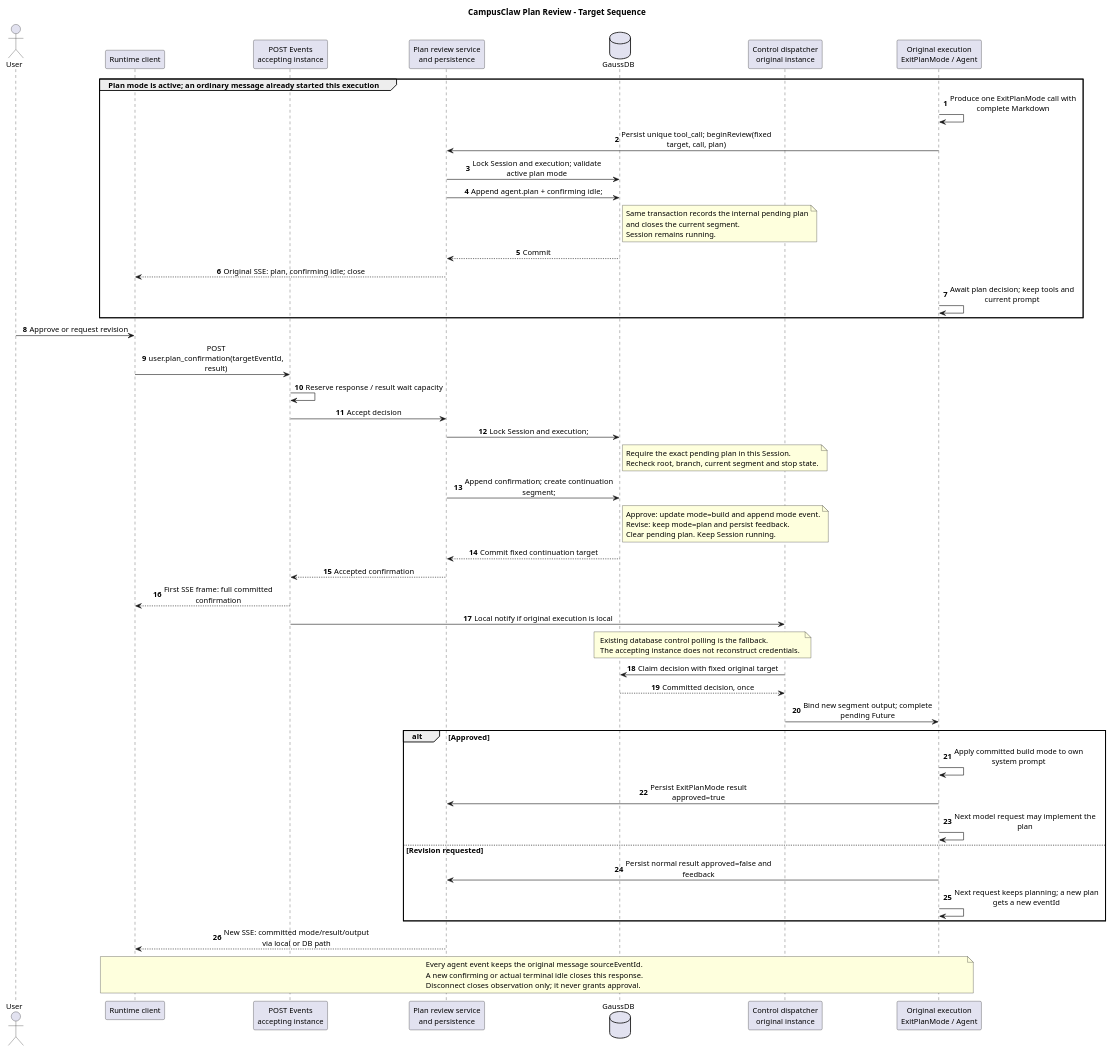
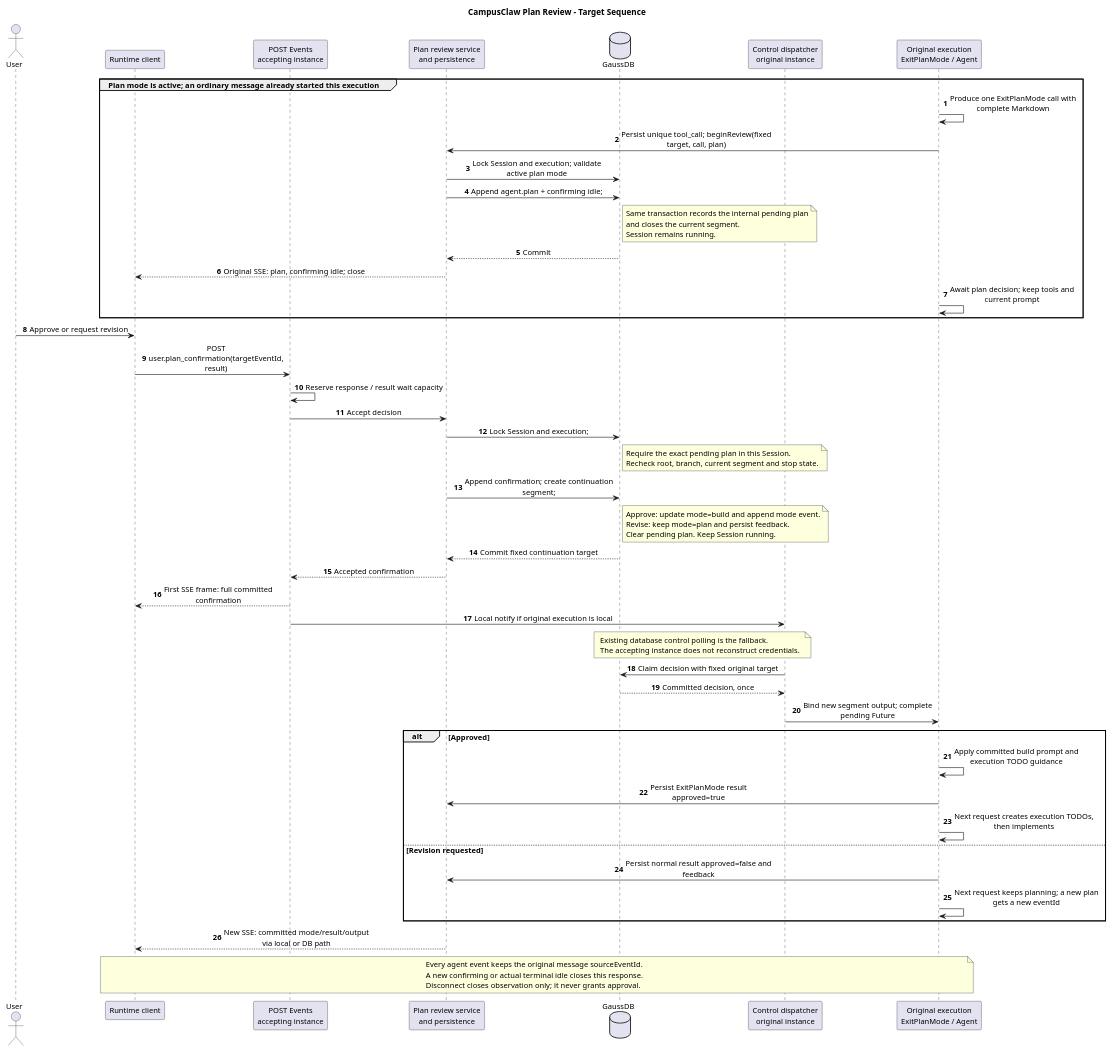
One commit to ssm0808/pi-mono-java-design changed the second of 5 diagrams in 01-总体架构/06-CampusClaw计划模式/diagram.puml. Above: the diagram before and after it, drawn with PlantUML. The commit also changed other lines of this file and 14 other files, not shown here.

```diff
--- a/01-总体架构/06-CampusClaw计划模式/diagram.puml
+++ b/01-总体架构/06-CampusClaw计划模式/diagram.puml
@@ -189,80 +195,80 @@
 @startuml plan_mode_review_sequence
 ' Source baseline: pi-mono-java 09b32d8ea4a4b43b34be302d8b2745bdc417c9a2.
 ' Source: modules/coding-agent-cli/src/main/java/com/campusclaw/codingagent/runtimeapi/event/RuntimeControlEventService.java :: accept.
 ' Source: modules/coding-agent-cli/src/main/java/com/campusclaw/codingagent/runtimeapi/persistence/MyBatisRuntimeExecutionControlRepository.java :: markConfirming, acceptConfirmation, claimConfirmation.
 ' Source: modules/coding-agent-cli/src/main/java/com/campusclaw/codingagent/runtimeapi/runtime/RuntimeSessionControlDispatcher.java :: dispatchConfirmation.
 ' Observed behavior: tool confirmation closes one response and resumes through a new fixed segment.
 ' Design reason: target-only plan review reuses this transport and durable handoff.
 ' Java divergence: immutable plan event identity is the approval target; tool permissions remain separate.
 title CampusClaw Plan Review - Target Sequence
 skinparam backgroundColor #FFFFFF
 skinparam defaultFontName SansSerif
 skinparam defaultFontSize 13
 skinparam shadowing false
 skinparam sequenceMessageAlign center
 skinparam maxMessageSize 260
 autonumber
 actor User
 participant "Runtime client" as UI
 participant "POST Events\naccepting instance" as API
 participant "Plan review service\nand persistence" as Service
 database GaussDB as DB
 participant "Control dispatcher\noriginal instance" as Dispatcher
 participant "Original execution\nExitPlanMode / Agent" as Agent
 
 group Plan mode is active; an ordinary message already started this execution
   Agent -> Agent : Produce one ExitPlanMode call with complete Markdown
   Agent -> Service : Persist unique tool_call; beginReview(fixed target, call, plan)
   Service -> DB : Lock Session and execution; validate active plan mode
   Service -> DB : Append agent.plan + confirming idle;
   note right of DB
     Same transaction records the internal pending plan
     and closes the current segment.
     Session remains running.
   end note
   DB --> Service : Commit
   Service --> UI : Original SSE: plan, confirming idle; close
   Agent -> Agent : Await plan decision; keep tools and current prompt
 end
 
 User -> UI : Approve or request revision
 UI -> API : POST user.plan_confirmation(targetEventId, result)
 API -> API : Reserve response / result wait capacity
 API -> Service : Accept decision
 Service -> DB : Lock Session and execution;
 note right of DB
   Require the exact pending plan in this Session.
   Recheck root, branch, current segment and stop state.
 end note
 Service -> DB : Append confirmation; create continuation segment;
 note right of DB
   Approve: update mode=build and append mode event.
   Revise: keep mode=plan and persist feedback.
   Clear pending plan. Keep Session running.
 end note
 DB --> Service : Commit fixed continuation target
 Service --> API : Accepted confirmation
 API --> UI : First SSE frame: full committed confirmation
 API -> Dispatcher : Local notify if original execution is local
 note over DB,Dispatcher
   Existing database control polling is the fallback.
   The accepting instance does not reconstruct credentials.
 end note
 Dispatcher -> DB : Claim decision with fixed original target
 DB --> Dispatcher : Committed decision, once
 Dispatcher -> Agent : Bind new segment output; complete pending Future
 alt Approved
-  Agent -> Agent : Apply committed build mode to own system prompt
+  Agent -> Agent : Apply committed build prompt and execution TODO guidance
   Agent -> Service : Persist ExitPlanMode result approved=true
-  Agent -> Agent : Next model request may implement the plan
+  Agent -> Agent : Next request creates execution TODOs, then implements
 else Revision requested
   Agent -> Service : Persist normal result approved=false and feedback
   Agent -> Agent : Next request keeps planning; a new plan gets a new eventId
 end
 Service --> UI : New SSE: committed mode/result/output via local or DB path
 note over UI,Agent
   Every agent event keeps the original message sourceEventId.
   A new confirming or actual terminal idle closes this response.
   Disconnect closes observation only; it never grants approval.
 end note
 @enduml
```
